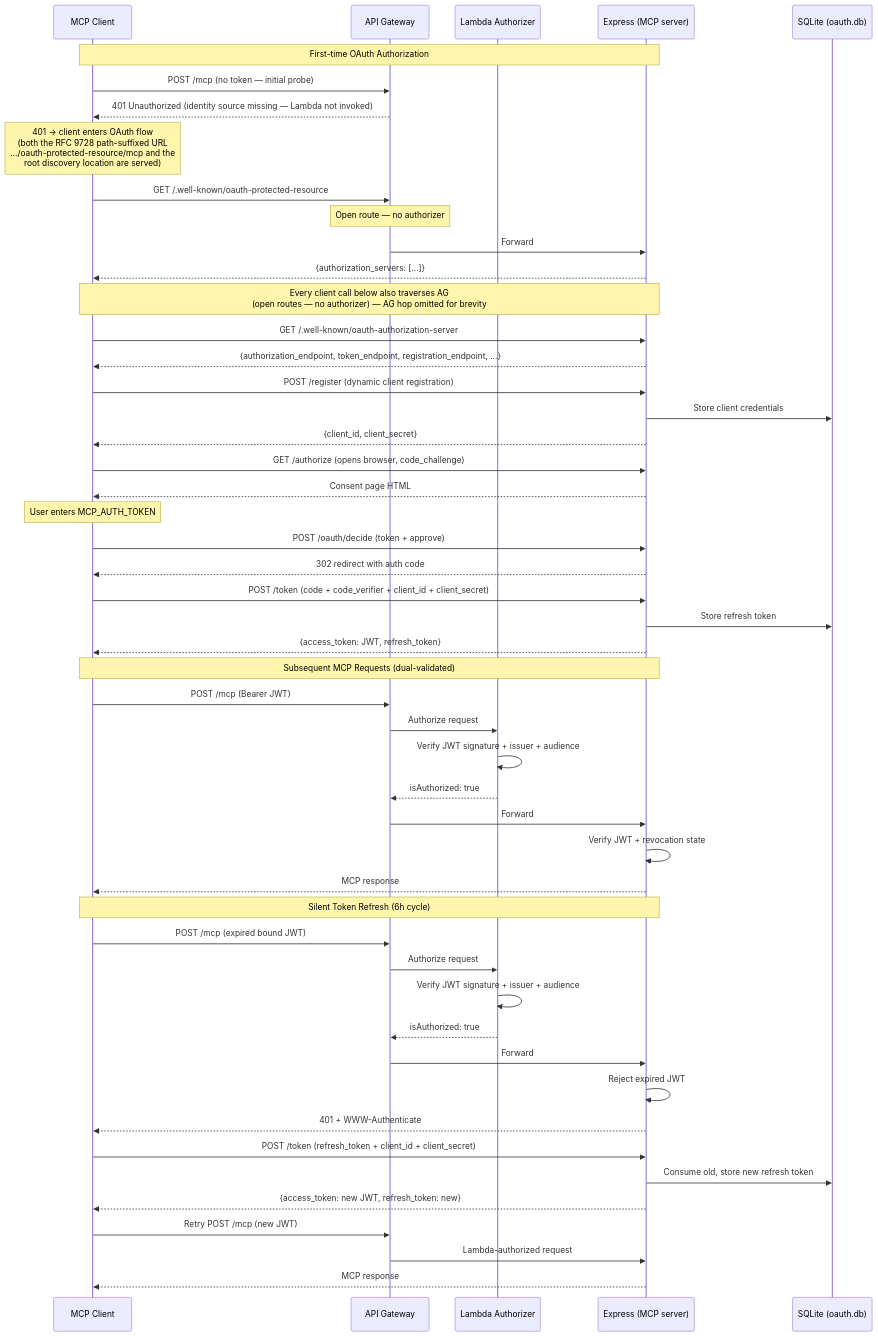
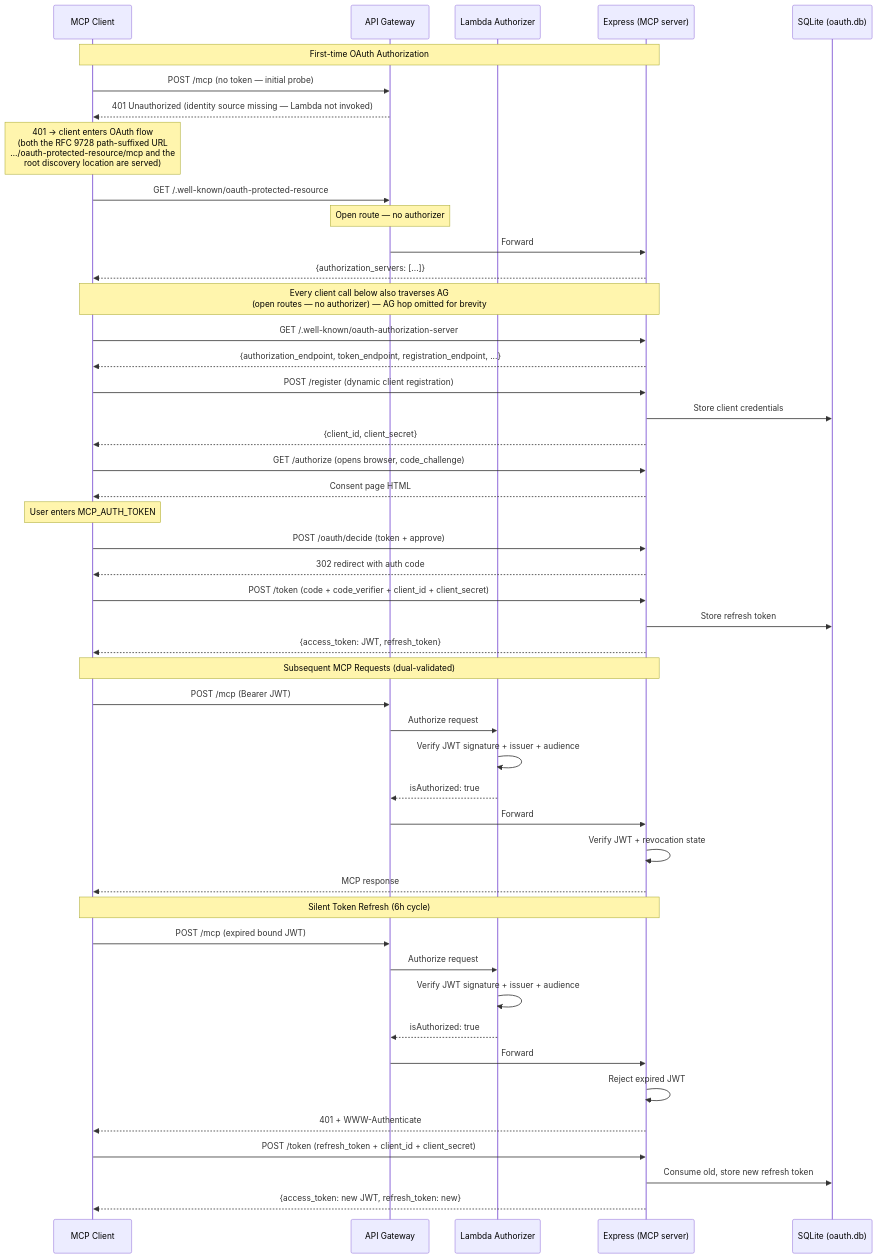
Before and after one commit to aliasunder/vault-cortex: the fourth of 6 diagrams in ARCHITECTURE.md, drawn with Mermaid. The commit also changed other lines of this file and 3 other files, not shown here.

````diff
--- a/ARCHITECTURE.md
+++ b/ARCHITECTURE.md
@@ -622,59 +612,56 @@
 ```mermaid
 sequenceDiagram
     participant C as MCP Client
     participant AG as API Gateway
     participant L as Lambda Authorizer
     participant E as Express (MCP server)
     participant DB as SQLite (oauth.db)
 
     Note over C,E: First-time OAuth Authorization
     C->>AG: POST /mcp (no token — initial probe)
     AG-->>C: 401 Unauthorized (identity source missing — Lambda not invoked)
     Note over C: 401 → client enters OAuth flow<br/>(both the RFC 9728 path-suffixed URL<br/>…/oauth-protected-resource/mcp and the<br/>root discovery location are served)
     C->>AG: GET /.well-known/oauth-protected-resource
     Note over AG: Open route — no authorizer
     AG->>E: Forward
     E-->>C: {authorization_servers: [...]}
 
     Note over C,E: Every client call below also traverses AG<br/>(open routes — no authorizer) — AG hop omitted for brevity
     C->>E: GET /.well-known/oauth-authorization-server
     E-->>C: {authorization_endpoint, token_endpoint, registration_endpoint, ...}
 
     C->>E: POST /register (dynamic client registration)
     E->>DB: Store client credentials
     E-->>C: {client_id, client_secret}
 
     C->>E: GET /authorize (opens browser, code_challenge)
     E-->>C: Consent page HTML
     Note over C: User enters MCP_AUTH_TOKEN
     C->>E: POST /oauth/decide (token + approve)
     E-->>C: 302 redirect with auth code
 
     C->>E: POST /token (code + code_verifier + client_id + client_secret)
     E->>DB: Store refresh token
     E-->>C: {access_token: JWT, refresh_token}
 
     Note over C,E: Subsequent MCP Requests (dual-validated)
     C->>AG: POST /mcp (Bearer JWT)
     AG->>L: Authorize request
     L->>L: Verify JWT signature + issuer + audience
     L-->>AG: isAuthorized: true
     AG->>E: Forward
     E->>E: Verify JWT + revocation state
     E-->>C: MCP response
 
     Note over C,E: Silent Token Refresh (6h cycle)
     C->>AG: POST /mcp (expired bound JWT)
     AG->>L: Authorize request
     L->>L: Verify JWT signature + issuer + audience
     L-->>AG: isAuthorized: true
     AG->>E: Forward
     E->>E: Reject expired JWT
     E-->>C: 401 + WWW-Authenticate
     C->>E: POST /token (refresh_token + client_id + client_secret)
     E->>DB: Consume old, store new refresh token
     E-->>C: {access_token: new JWT, refresh_token: new}
-    C->>AG: Retry POST /mcp (new JWT)
-    AG->>E: Lambda-authorized request
-    E-->>C: MCP response
 ```
````
